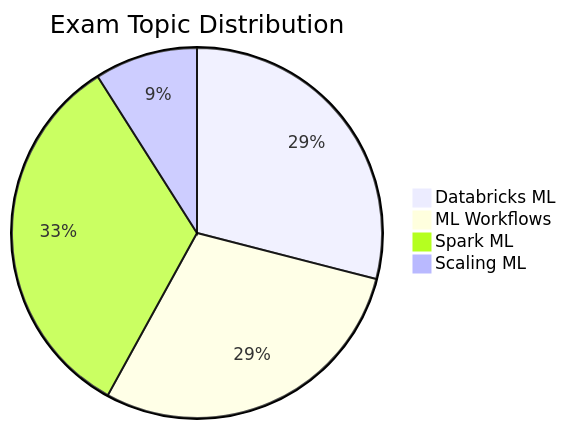
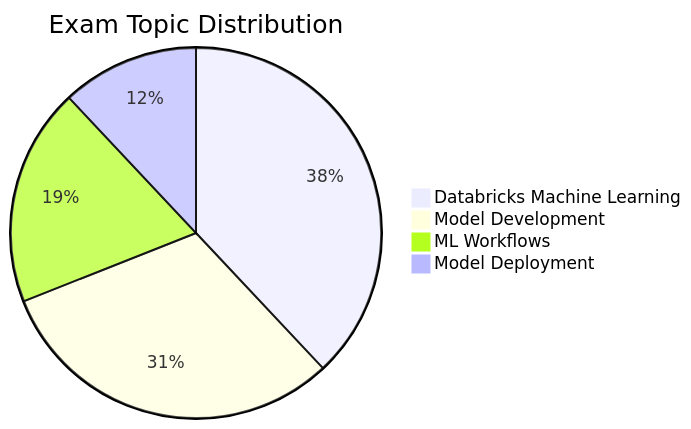
One commit to kengio/databricks-certification-study-guide changed the diagram in certifications/ml-associate/README.md. Above: the diagram before and after it, drawn with Mermaid. The commit also changed other lines of this file and 16 other files, not shown here.

````diff
--- a/certifications/ml-associate/README.md
+++ b/certifications/ml-associate/README.md
@@ -29,7 +43,7 @@
 ```mermaid
 pie title Exam Topic Distribution
-    "Databricks ML" : 29
-    "ML Workflows" : 29
-    "Spark ML" : 33
-    "Scaling ML" : 9
+    "Databricks Machine Learning" : 38
+    "Model Development" : 31
+    "ML Workflows" : 19
+    "Model Deployment" : 12
 ```
````
